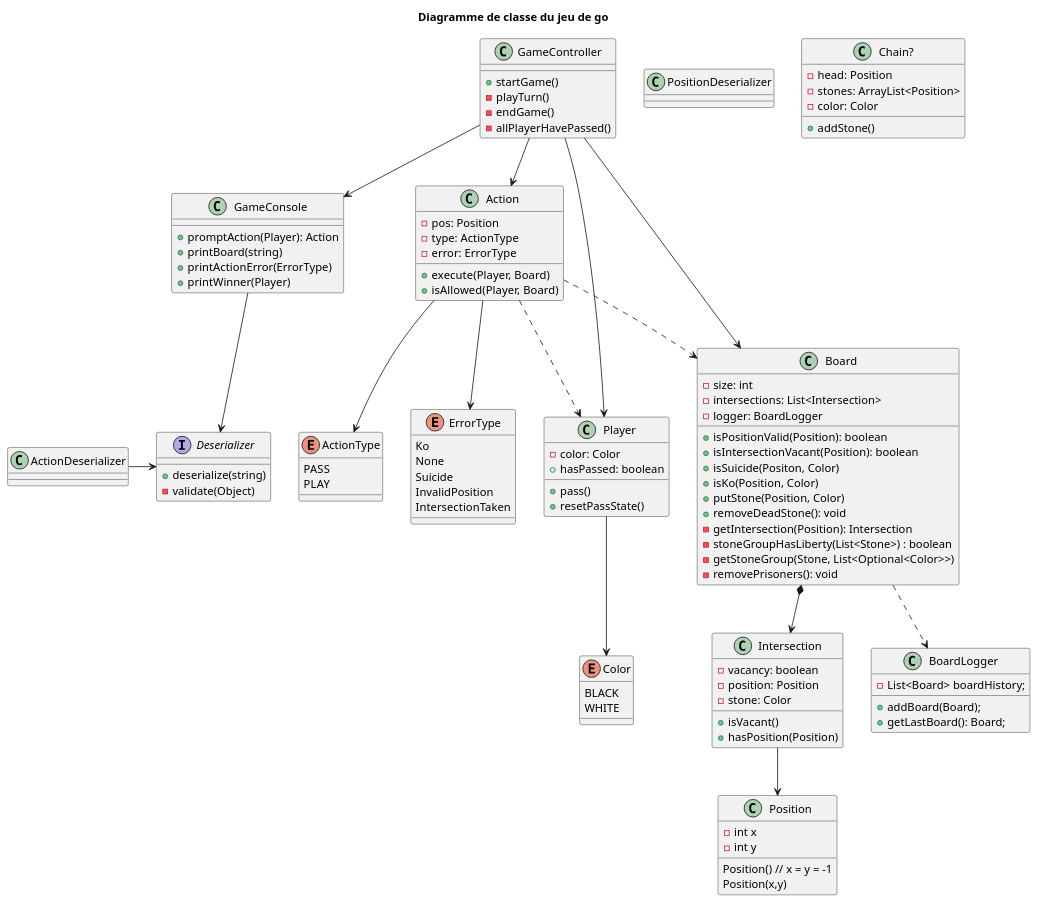
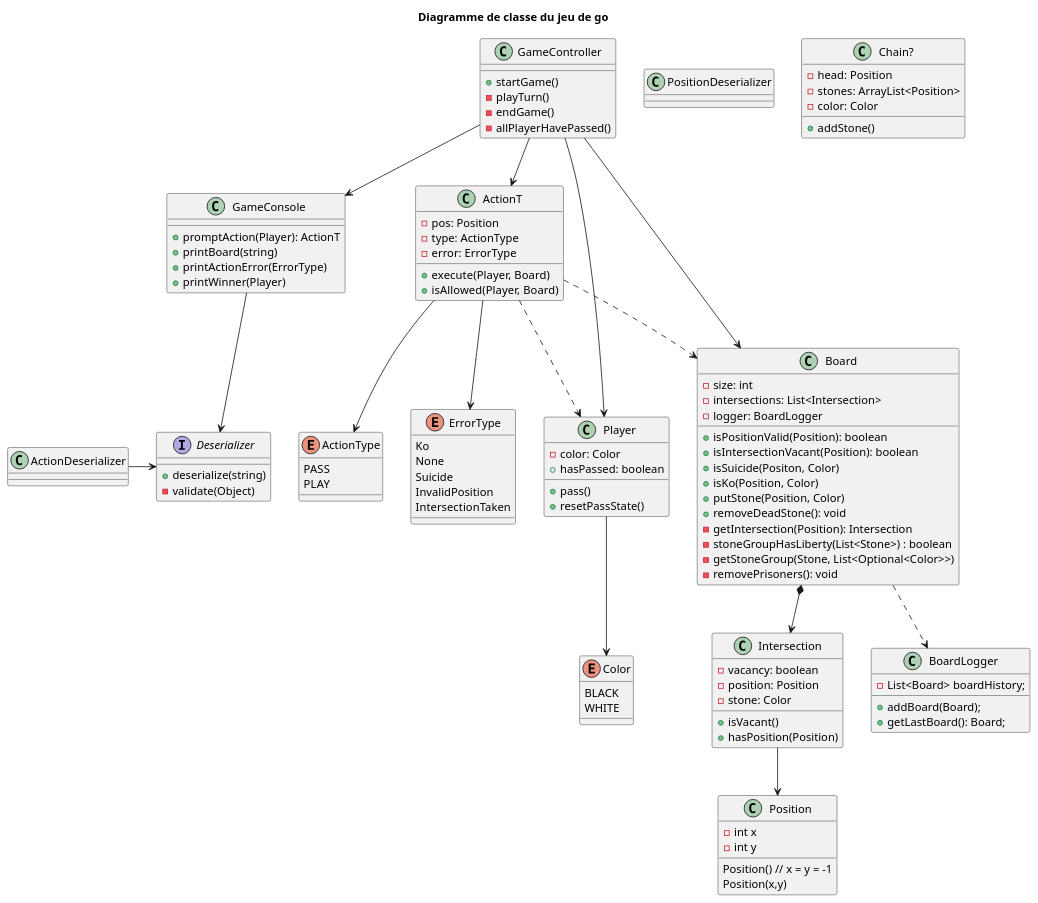
Before and after one commit to pierrelucueisd/compteurpoints-jeu-go-java: the diagram in Conception.puml, drawn with PlantUML. The commit also changed 9 other files, not shown here.

```diff
--- a/Conception.puml
+++ b/Conception.puml
@@ -1,125 +1,125 @@
 @startuml
 
 title Diagramme de classe du jeu de go
 
 class GameController {
     + startGame()
     - playTurn()
     - endGame()
     - allPlayerHavePassed()
 }
 
 class GameConsole {
-    + promptAction(Player): Action
+    + promptAction(Player): ActionT
     + printBoard(string)
     + printActionError(ErrorType)
     + printWinner(Player)
 }
 
 interface Deserializer {
     + deserialize(string)
     - validate(Object)
 }
 
 class PositionDeserializer {
 }
 
-class Action {
+class ActionT {
     - pos: Position
     - type: ActionType
     - error: ErrorType
     + execute(Player, Board)
     + isAllowed(Player, Board)
 }
 
 enum ActionType {
     PASS
     PLAY
 }
 
 enum ErrorType {
     Ko
     None
     Suicide
     InvalidPosition
     IntersectionTaken
 }
 
 class Player{
     - color: Color
     + hasPassed: boolean
     + pass()
     + resetPassState()
 }
 
 enum Color{
     BLACK
     WHITE
 }
 
 class Board {
     - size: int
     - intersections: List<Intersection>
     - logger: BoardLogger
     + isPositionValid(Position): boolean
     + isIntersectionVacant(Position): boolean
     + isSuicide(Positon, Color)
     + isKo(Position, Color)
     + putStone(Position, Color)
     + removeDeadStone(): void
     - getIntersection(Position): Intersection
     - stoneGroupHasLiberty(List<Stone>) : boolean
     - getStoneGroup(Stone, List<Optional<Color>>)
     - removePrisoners(): void
 }
 
 class BoardLogger {
     - List<Board> boardHistory;
     + addBoard(Board);
     + getLastBoard(): Board;
 }
 
 class Chain? {
 - head: Position
 - stones: ArrayList<Position>
 - color: Color
 + addStone()
 }
 
 class Intersection {
     - vacancy: boolean
     - position: Position
     - stone: Color
     + isVacant()
     + hasPosition(Position)
 }
 
 class Position {
     Position() // x = y = -1
     Position(x,y)
     - int x
     - int y
 }
 
-Action --> ActionType
-Action -.> Player
-Action -.> Board
-Action --> ErrorType
+ActionT --> ActionType
+ActionT -.> Player
+ActionT -.> Board
+ActionT --> ErrorType
 
 Intersection --> Position
 
 Board *--> Intersection
 Board -.> BoardLogger
 
-GameController --> Action
+GameController --> ActionT
 GameController --> Board
 GameController --> Player
 GameController --> GameConsole
 
 GameConsole --> Deserializer
 
 ActionDeserializer -> Deserializer
 
 Player --> Color
 
 @enduml
```
